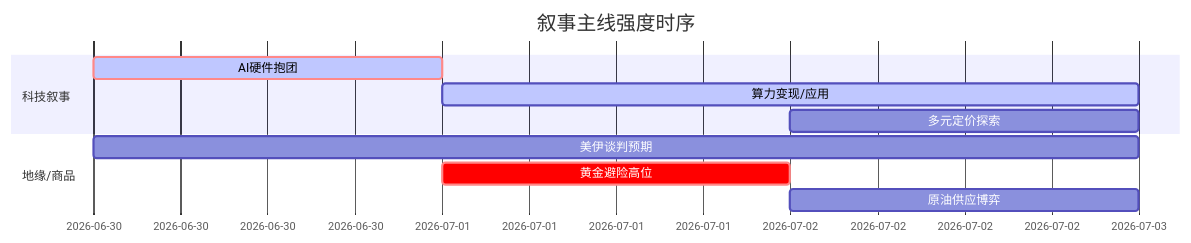
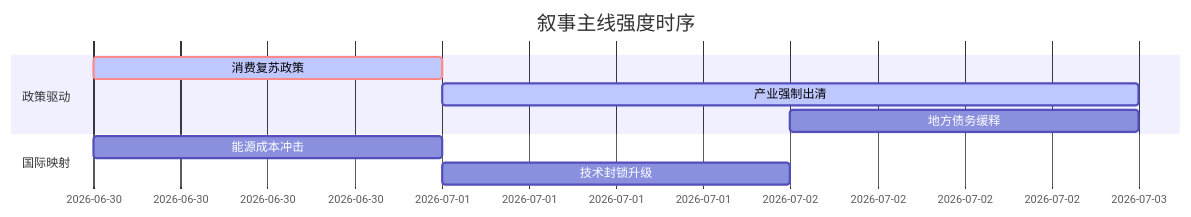
Before and after one commit to uu5zn/uu5zn.github.io: the diagram in 5day_report.md, drawn with Mermaid. The commit also changed other lines of this file and 21 other files, not shown here.

````diff
--- a/5day_report.md
+++ b/5day_report.md
@@ -56,14 +57,13 @@
 ```mermaid
 gantt
     title 叙事主线强度时序
     dateFormat  YYYY-MM-DD
-    section 科技叙事
-    AI硬件抱团   :crit, active, 2026-06-30, 1d
-    算力变现/应用 :active, 2026-07-01, 2d
-    多元定价探索   :2026-07-02, 1d
+    section 政策驱动
+    消费复苏政策   :crit, active, 2026-06-30, 1d
+    产业强制出清   :active, 2026-07-01, 2d
+    地方债务缓释   :2026-07-02, 1d
     
-    section 地缘/商品
-    美伊谈判预期   :2026-06-30, 3d
-    黄金避险高位   :crit, 2026-07-01, 1d
-    原油供应博弈   :2026-07-02, 1d
+    section 国际映射
+    能源成本冲击   :2026-06-30, 1d
+    技术封锁升级   :2026-07-01, 1d
 ```
````
